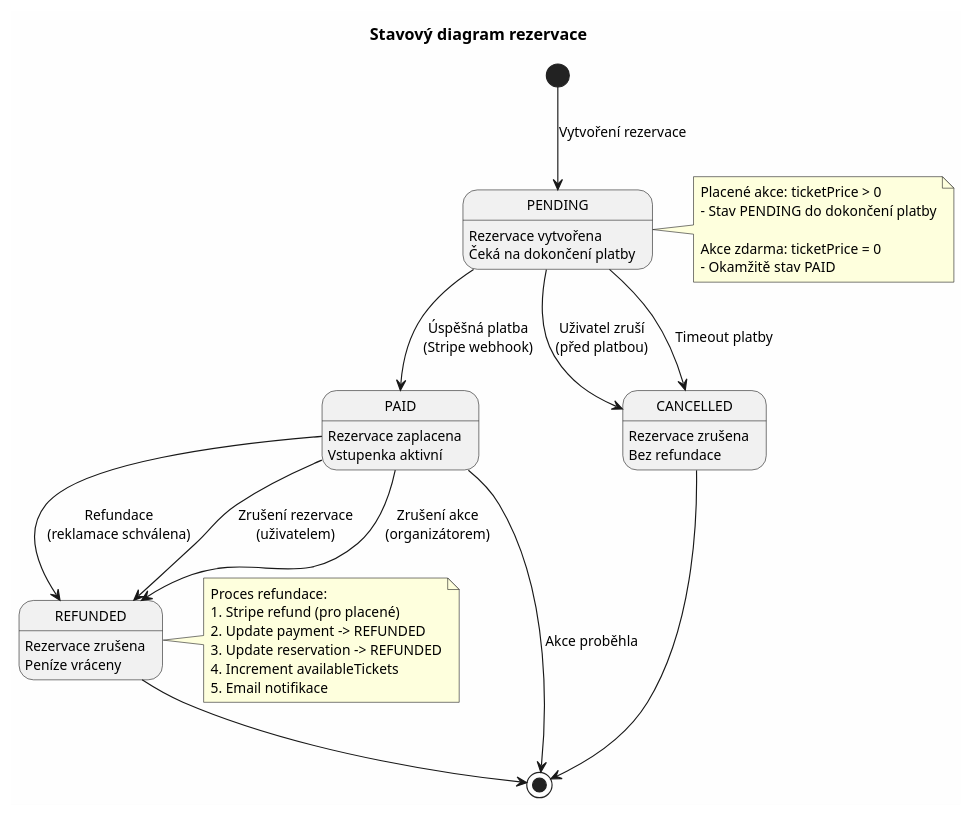
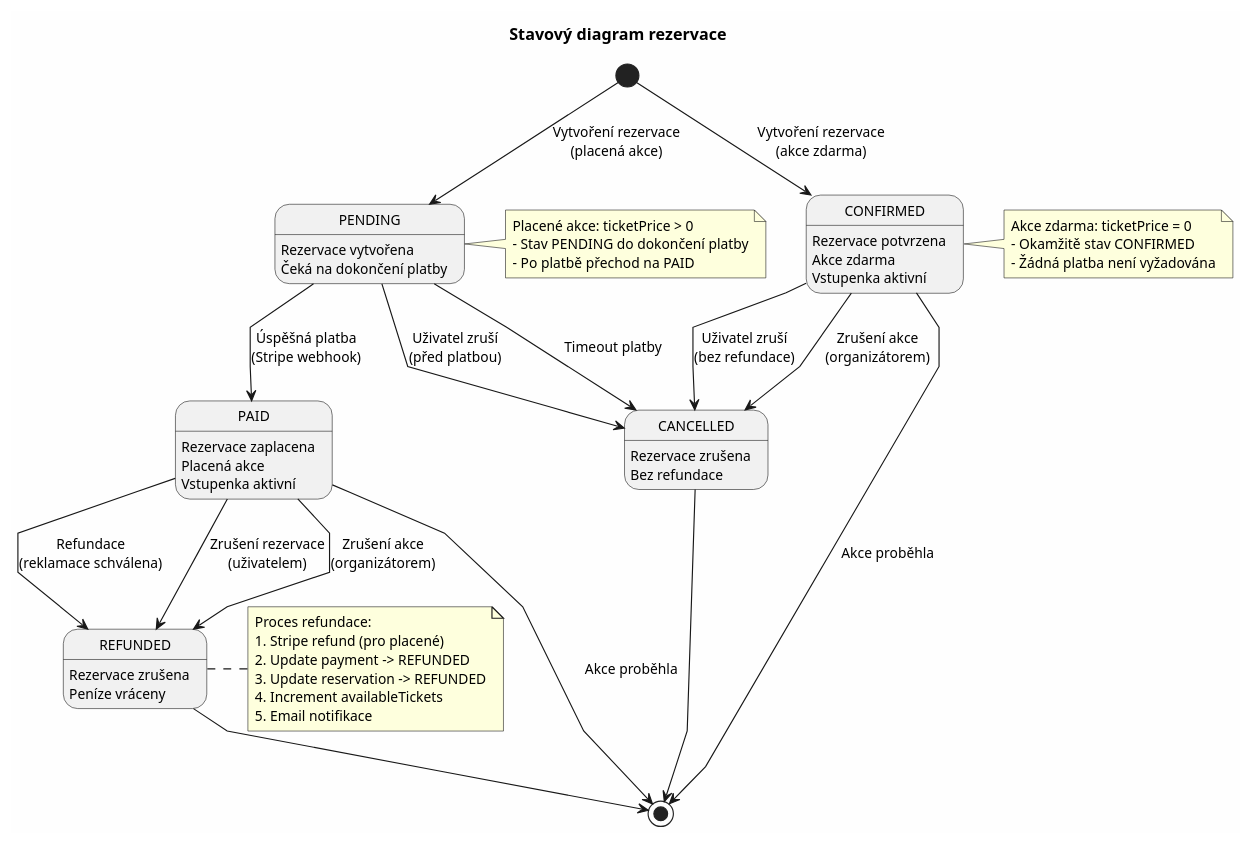
Before and after one commit to perlesjagerin/bakalarka: the diagram in kidiplom/reservation-states.puml, drawn with PlantUML. The commit also changed 49 other files, not shown here.

```diff
--- a/kidiplom/reservation-states.puml
+++ b/kidiplom/reservation-states.puml
@@ -1,59 +1,75 @@
 @startuml
 skinparam backgroundColor #FEFEFE
-skinparam handwritten false
 skinparam defaultFontSize 12
+skinparam linetype polyline
 
 title Stavový diagram rezervace
 
 state PENDING {
   PENDING : Rezervace vytvořena
   PENDING : Čeká na dokončení platby
 }
 
+state CONFIRMED {
+  CONFIRMED : Rezervace potvrzena
+  CONFIRMED : Akce zdarma
+  CONFIRMED : Vstupenka aktivní
+}
+
 state PAID {
   PAID : Rezervace zaplacena
+  PAID : Placená akce
   PAID : Vstupenka aktivní
 }
 
 state CANCELLED {
   CANCELLED : Rezervace zrušena
   CANCELLED : Bez refundace
 }
 
 state REFUNDED {
   REFUNDED : Rezervace zrušena
   REFUNDED : Peníze vráceny
 }
 
-[*] --> PENDING : Vytvoření rezervace
+[*] --> PENDING : Vytvoření rezervace\n(placená akce)
+[*] --> CONFIRMED : Vytvoření rezervace\n(akce zdarma)
 
 PENDING --> PAID : Úspěšná platba\n(Stripe webhook)
 PENDING --> CANCELLED : Uživatel zruší\n(před platbou)
 PENDING --> CANCELLED : Timeout platby
+
+CONFIRMED --> CANCELLED : Uživatel zruší\n(bez refundace)
+CONFIRMED --> CANCELLED : Zrušení akce\n(organizátorem)
 
 PAID --> REFUNDED : Refundace\n(reklamace schválena)
 PAID --> REFUNDED : Zrušení rezervace\n(uživatelem)
 PAID --> REFUNDED : Zrušení akce\n(organizátorem)
 
 CANCELLED --> [*]
 REFUNDED --> [*]
 PAID --> [*] : Akce proběhla
+CONFIRMED --> [*] : Akce proběhla
 
 note right of PENDING
   Placené akce: ticketPrice > 0
   - Stav PENDING do dokončení platby
-  
+  - Po platbě přechod na PAID
+end note
+
+note right of CONFIRMED
   Akce zdarma: ticketPrice = 0
-  - Okamžitě stav PAID
+  - Okamžitě stav CONFIRMED
+  - Žádná platba není vyžadována
 end note
 
 note right of REFUNDED
   Proces refundace:
   1. Stripe refund (pro placené)
   2. Update payment -> REFUNDED
   3. Update reservation -> REFUNDED
   4. Increment availableTickets
   5. Email notifikace
 end note
 
 @enduml
```
